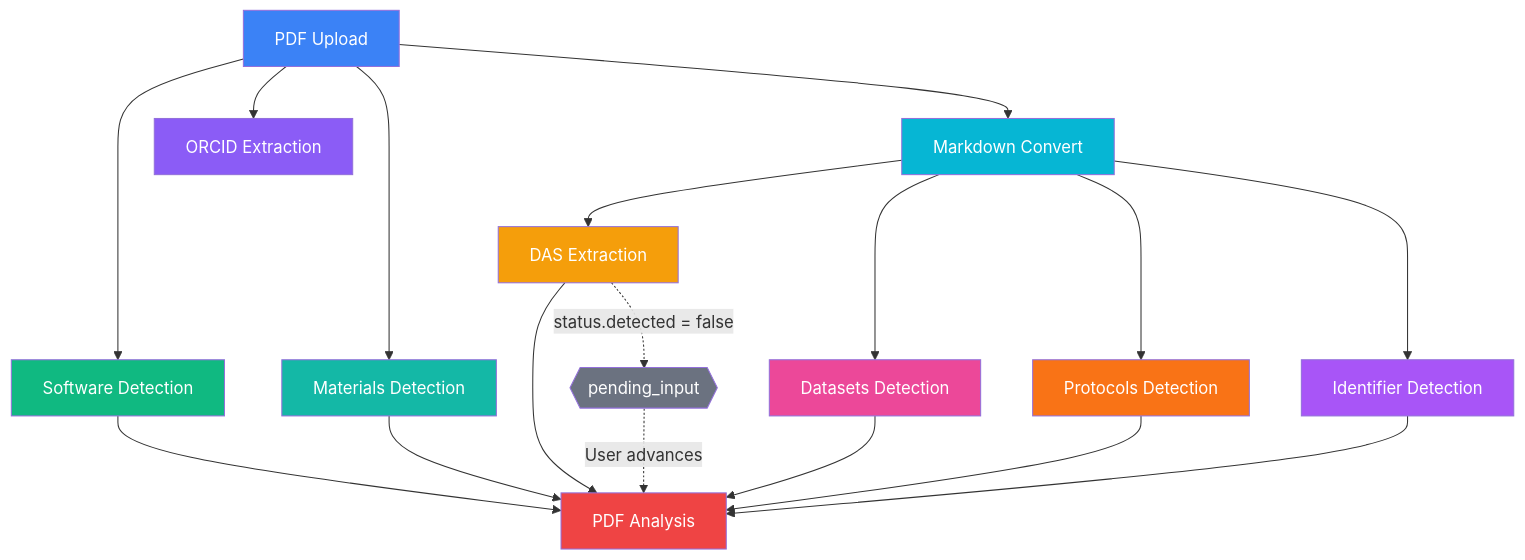
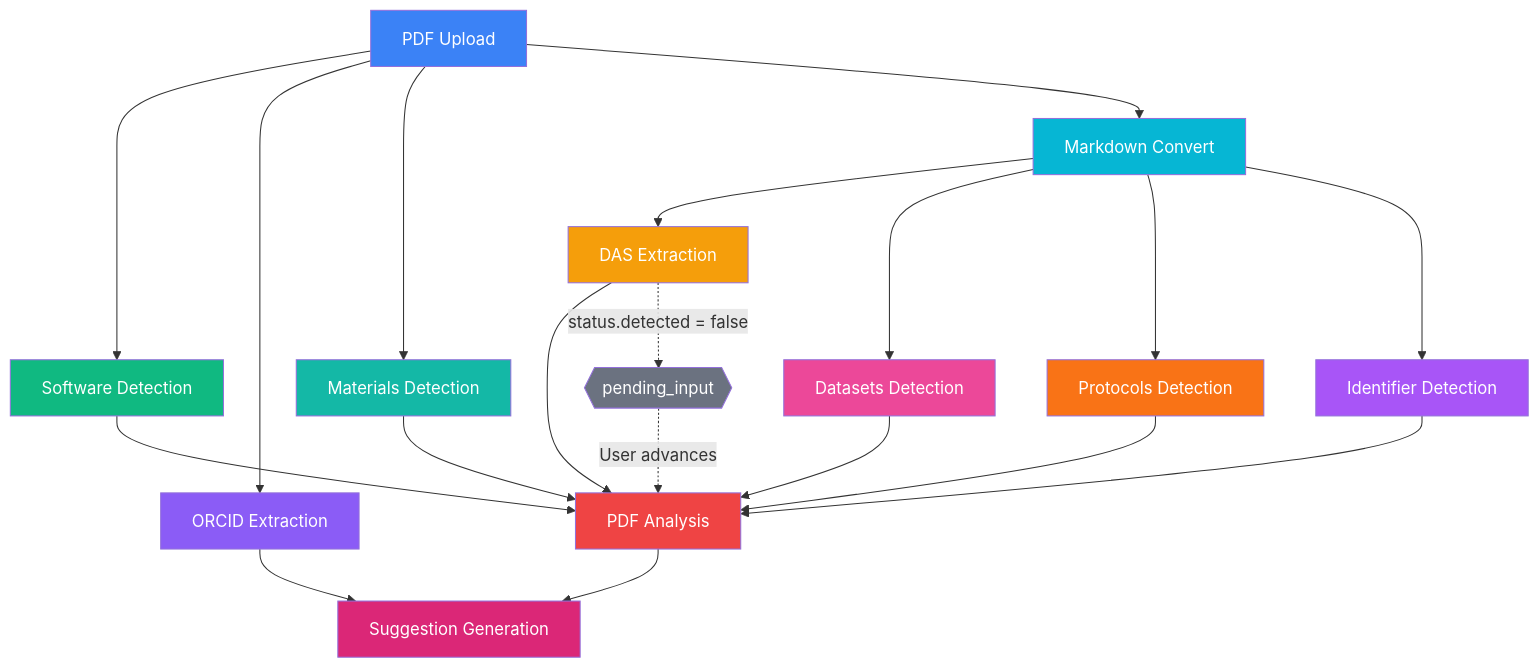
One commit to DataSeer/asap-kr-sync changed the first of 2 diagrams in docs/background-jobs.md. Above: the diagram before and after it, drawn with Mermaid. The commit also changed other lines of this file and 14 other files, not shown here.

````diff
--- a/docs/background-jobs.md
+++ b/docs/background-jobs.md
@@ -81,34 +84,38 @@
 ```mermaid
 graph TD
     PDF[PDF Upload] --> SW[Software Detection]
     PDF --> ORCID[ORCID Extraction]
     PDF --> MAT[Materials Detection]
     PDF --> MD[Markdown Convert]
 
     MD --> DAS[DAS Extraction]
     MD --> DS[Datasets Detection]
     MD --> PROT[Protocols Detection]
     MD --> ID[Identifier Detection]
 
     DAS --> PA[PDF Analysis]
     SW --> PA
     DS --> PA
     MAT --> PA
     PROT --> PA
     ID --> PA
 
+    PA --> SG[Suggestion Generation]
+    ORCID --> SG
+
     DAS -.->|status.detected = false| PI{{pending_input}}
     PI -.->|User advances| PA
 
     style PDF fill:#3b82f6,color:#fff
     style DAS fill:#f59e0b,color:#fff
     style SW fill:#10b981,color:#fff
     style ORCID fill:#8b5cf6,color:#fff
     style MD fill:#06b6d4,color:#fff
     style DS fill:#ec4899,color:#fff
     style MAT fill:#14b8a6,color:#fff
     style PROT fill:#f97316,color:#fff
     style ID fill:#a855f7,color:#fff
     style PA fill:#ef4444,color:#fff
+    style SG fill:#db2777,color:#fff
     style PI fill:#6b7280,color:#fff
 ```
````
